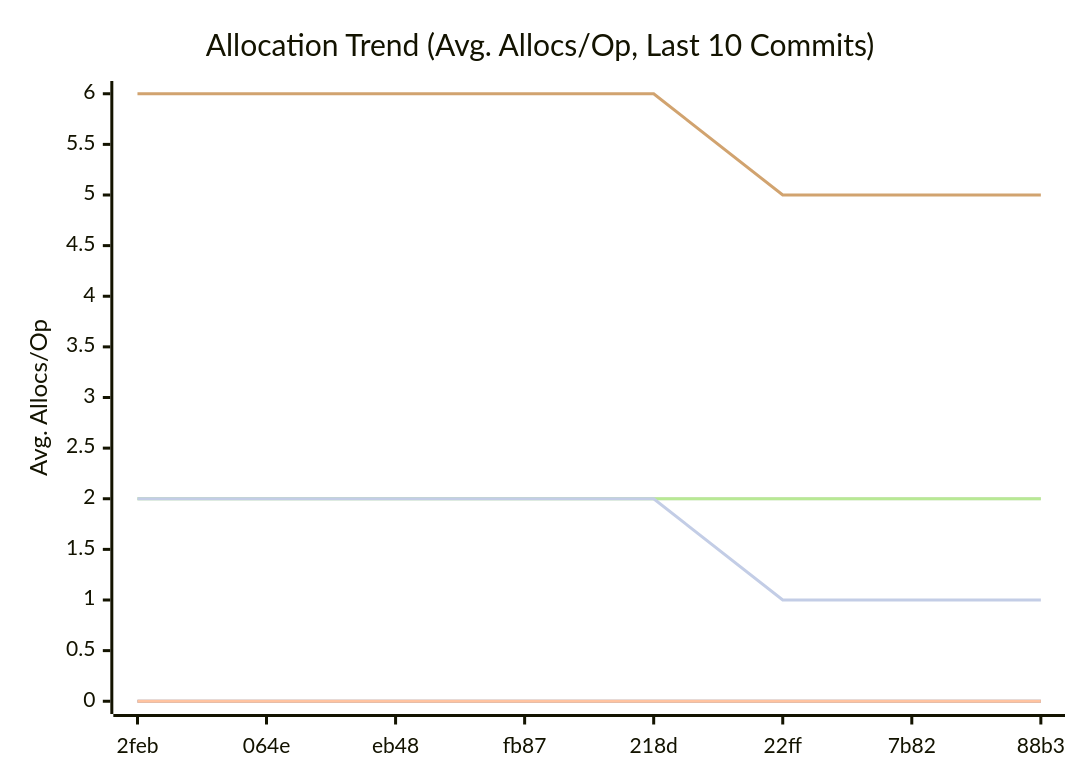
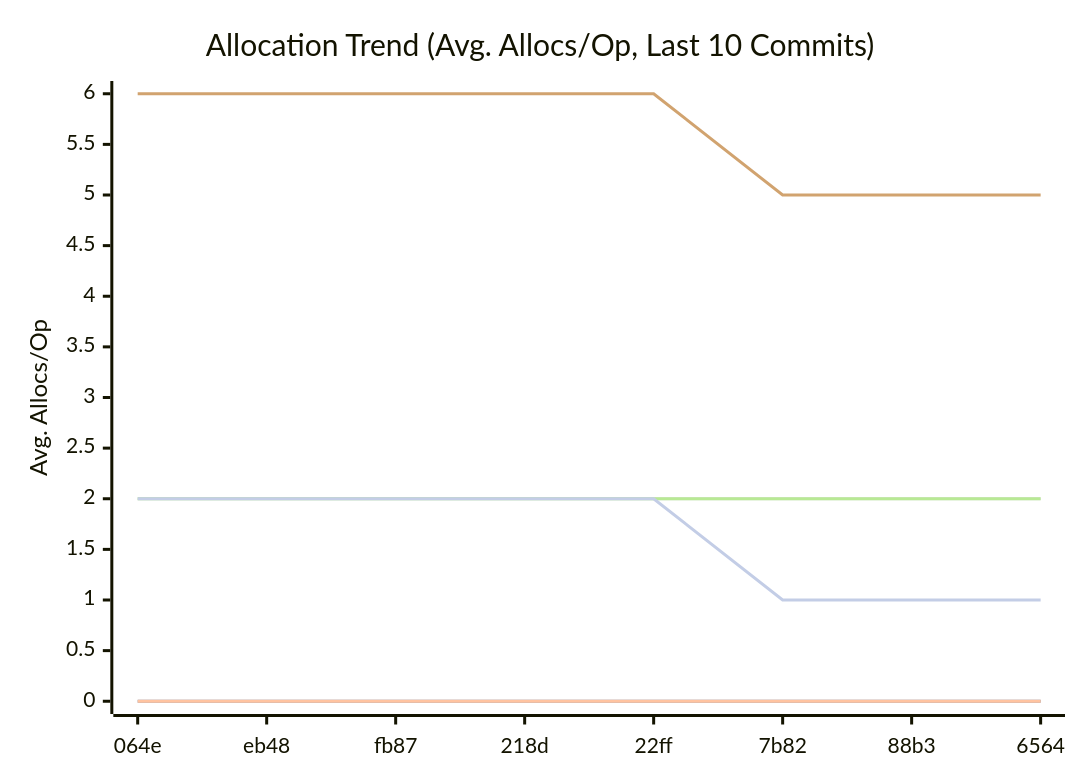
One commit to alsotoes/momo changed the third of 3 diagrams in doc/README.md. Above: the diagram before and after it, drawn with Mermaid. The commit also changed other lines of this file and 1 other file, not shown here.

````diff
--- a/doc/README.md
+++ b/doc/README.md
@@ -326,14 +326,14 @@
 ```mermaid
 xychart-beta
     title "Allocation Trend (Avg. Allocs/Op, Last 10 Commits)"
     x-axis "Commit"
     y-axis "Avg. Allocs/Op"
-    x-axis [2feb,064e,eb48,fb87,218d,22ff,7b82,88b3]
+    x-axis [064e,eb48,fb87,218d,22ff,7b82,88b3,6564]
     line "CheckMetricsAndSwap" [0,0,0,0,0,0,0,0,0,0]
     line "IndexDirectTracking" [0,0,0,0,0,0,0,0,0,0]
     line "IndexSearch" [0,0,0,0,0,0,0,0,0,0]
-    line "LoadGlobalConfig" [2,2,2,2,2,2,2,2,2]
+    line "LoadGlobalConfig" [2,2,2,2,2,2,2,2,2,2]
     line "PadString" [2,2,2,2,2,2,2,2,2,2]
     line "ParseReplicationOrder_NoPrealloc" [6,6,6,6,6,5,5,5,5,5]
     line "ParseReplicationOrder_Prealloc" [2,2,2,2,2,1,1,1,1,1]
 ```
````
